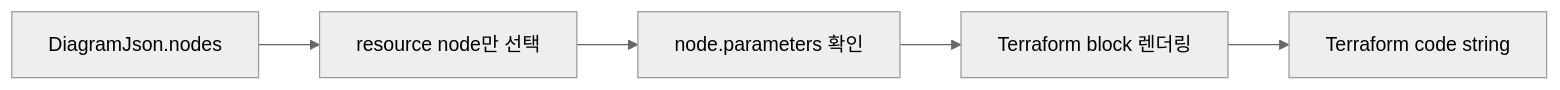
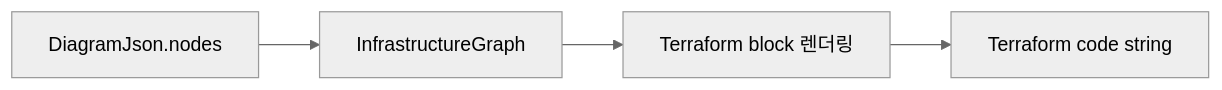
Before and after one commit to NearthYou/SketchCatch: the third of 6 diagrams in docs/sw/003_테라폼동기화구조설명_sw.md, drawn with Mermaid (neutral theme). The commit also changed other lines of this file and 601 other files, not shown here.

````diff
--- a/docs/sw/003_테라폼동기화구조설명_sw.md
+++ b/docs/sw/003_테라폼동기화구조설명_sw.md
@@ -80,7 +86,6 @@
 ```mermaid
 flowchart LR
-  DiagramJson["DiagramJson.nodes"] --> Filter["resource node만 선택"]
-  Filter --> Params["node.parameters 확인"]
-  Params --> Render["Terraform block 렌더링"]
+  DiagramJson["DiagramJson.nodes"] --> Graph["InfrastructureGraph"]
+  Graph --> Render["Terraform block 렌더링"]
   Render --> HCL["Terraform code string"]
 ```
````
